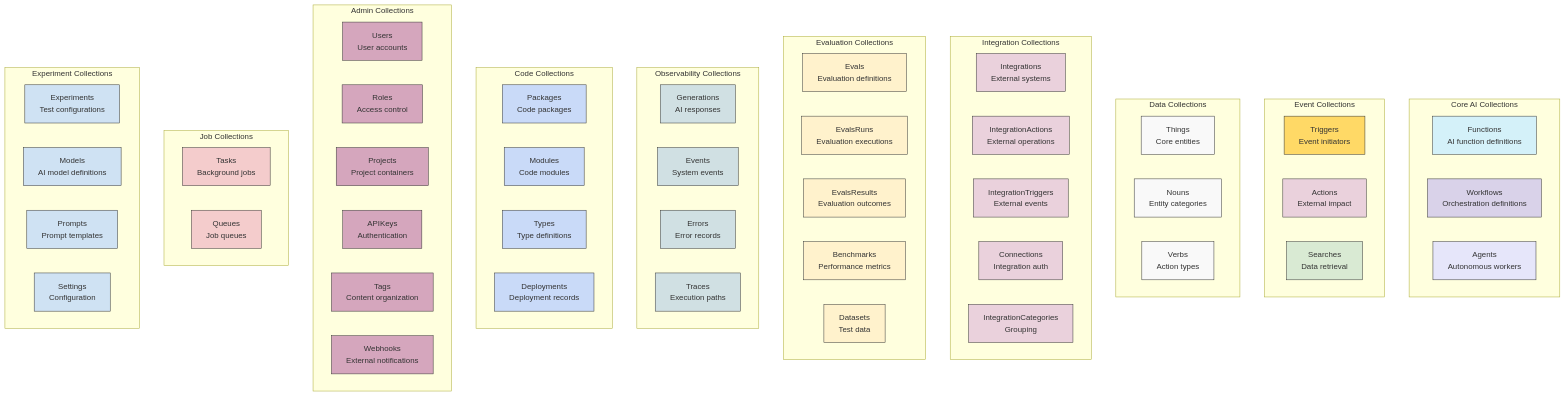
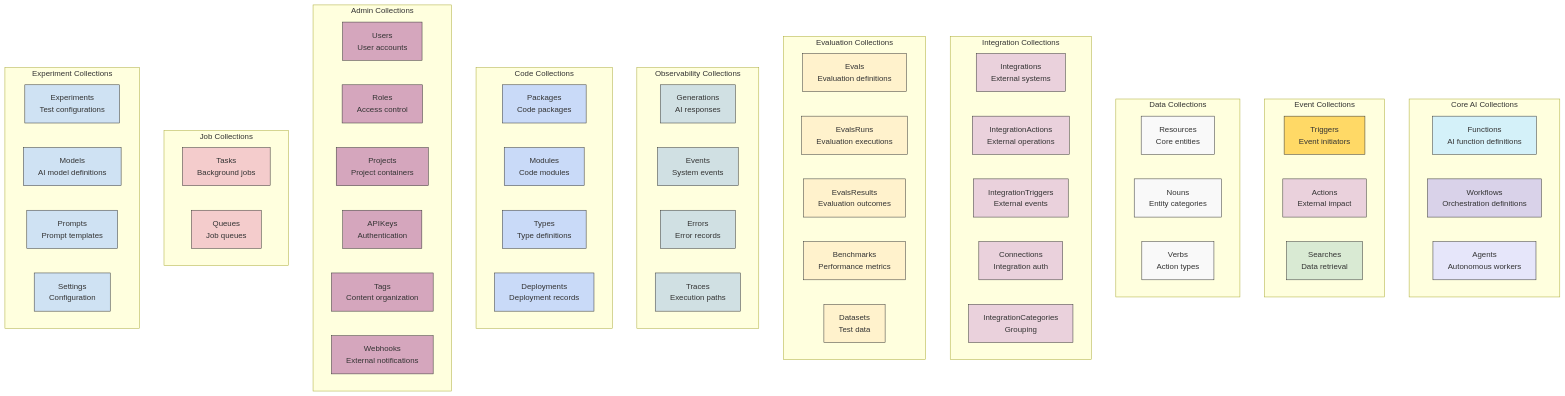
One commit to drivly/ai changed diagram 16 of 17 in ARCHITECTURE.md. Above: the diagram before and after it, drawn with Mermaid. The commit also changed other lines of this file and 14 other files, not shown here.

Commit message:
refactor: complete Things to Resources renaming across documentation and code

```diff
--- a/ARCHITECTURE.md
+++ b/ARCHITECTURE.md
@@ -541,7 +541,7 @@
     end
 
     subgraph "Data Collections"
-        Things["Things<br/>Core entities"]
+        Resources["Resources<br/>Core entities"]
         Nouns["Nouns<br/>Entity categories"]
         Verbs["Verbs<br/>Action types"]
     end
@@ -603,7 +603,7 @@
     style Triggers fill:#ffd966,stroke:#333,stroke-width:1px
     style Actions fill:#ead1dc,stroke:#333,stroke-width:1px
     style Searches fill:#d9ead3,stroke:#333,stroke-width:1px
-    style Things fill:#f9f9f9,stroke:#333,stroke-width:1px
+    style Resources fill:#f9f9f9,stroke:#333,stroke-width:1px
     style Nouns fill:#f9f9f9,stroke:#333,stroke-width:1px
     style Verbs fill:#f9f9f9,stroke:#333,stroke-width:1px
     style Integrations fill:#ead1dc,stroke:#333,stroke-width:1px
```
